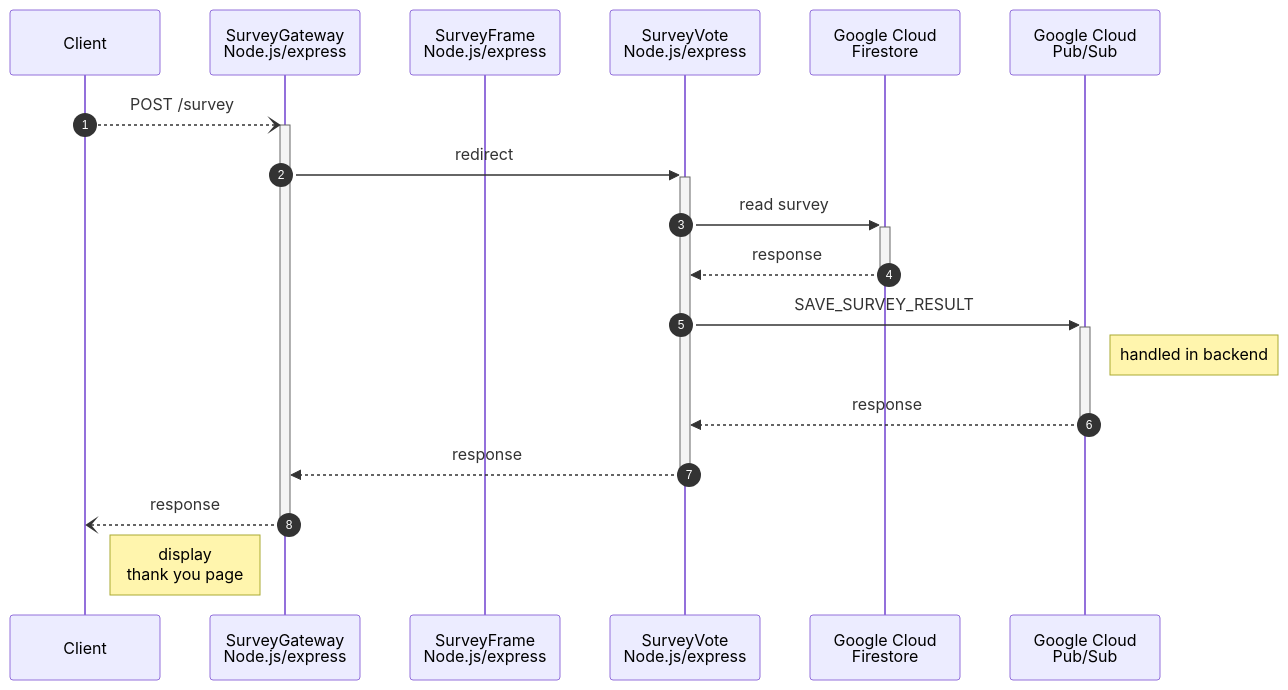
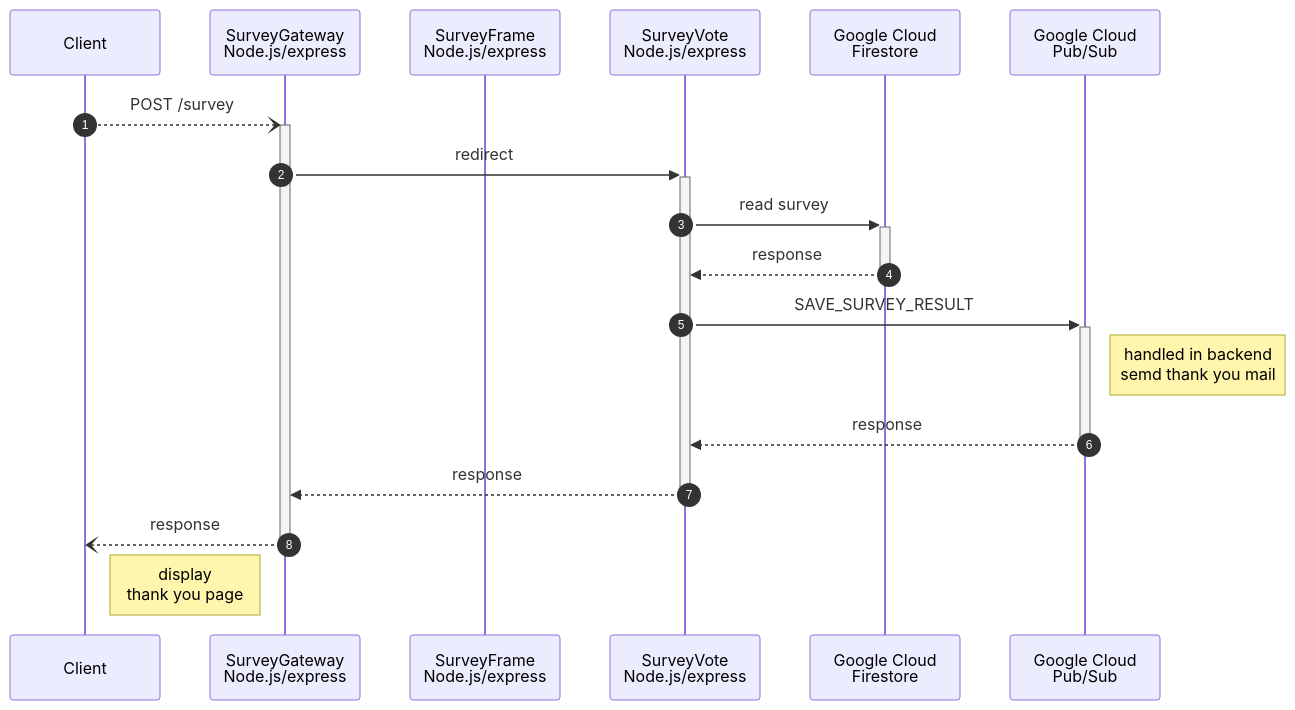
One commit to MichaelDiers/surveys changed the diagram in doc/frontend-submit-survey.mermaid. Above: the diagram before and after it, drawn with Mermaid. The commit also changed 1 other file, not shown here.

```diff
--- a/doc/frontend-submit-survey.mermaid
+++ b/doc/frontend-submit-survey.mermaid
@@ -1,22 +1,22 @@
 sequenceDiagram
     autonumber
     participant C as Client
     participant SG as SurveyGateway<br>Node.js/express
     participant SF as SurveyFrame<br>Node.js/express
     participant SV as SurveyVote<br>Node.js/express
     participant F as Google Cloud<br>Firestore
     participant PS as Google Cloud<br>Pub/Sub
     C--)+SG: POST /survey
     SG->>+SV: redirect
     SV->>+F: read survey
     F-->>SV: response
     deactivate F
     SV->>+PS: SAVE_SURVEY_RESULT
-    Note right of PS: handled in backend
+    Note right of PS: handled in backend<br>semd thank you mail
     PS-->>SV: response
     deactivate PS
     SV-->>SG: response
     deactivate SV
     SG--)C: response
     deactivate SG
     Note right of C: display<br>thank you page
```
